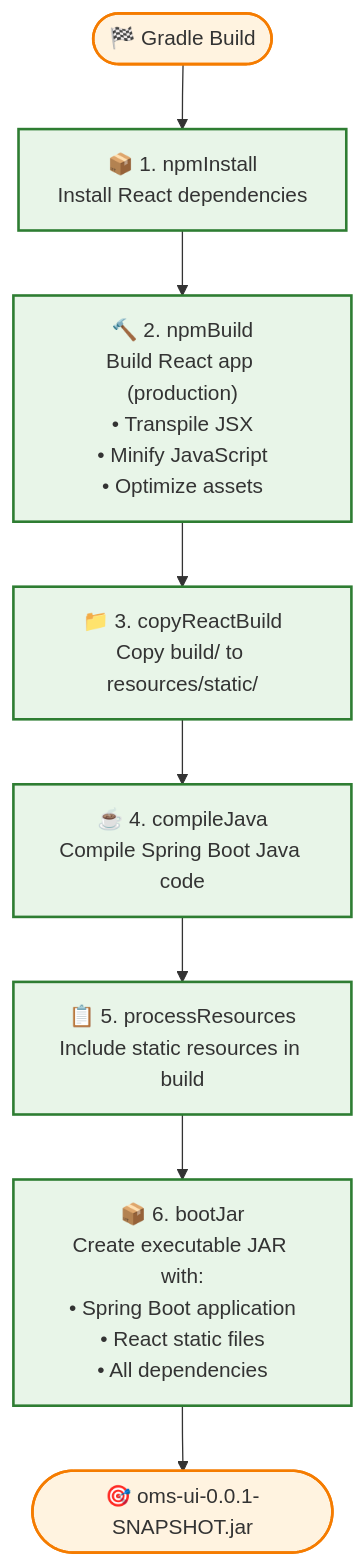
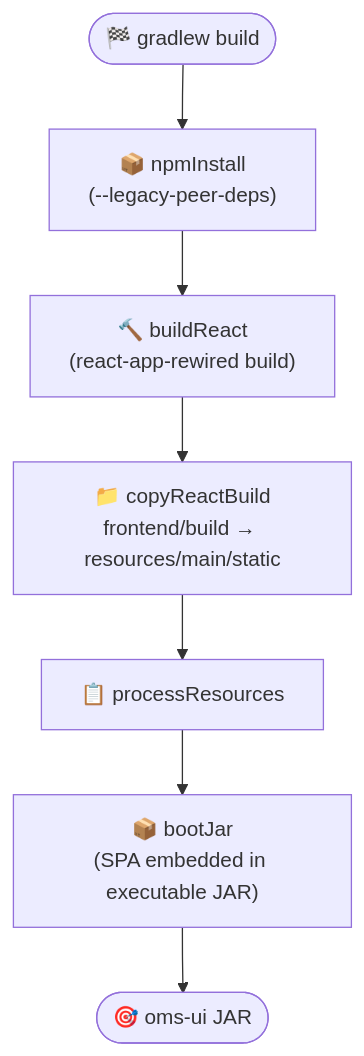
The third of 5 diagrams in oms-ui/docs/ARCHITECTURE.md (tbaderts/oms), drawn with Mermaid before and after one commit. The commit also changed other lines of this file and 31 other files, not shown here.

````diff
--- a/oms-ui/docs/ARCHITECTURE.md
+++ b/oms-ui/docs/ARCHITECTURE.md
@@ -57,26 +107,9 @@
 ```mermaid
 graph TD
-    Start([🏁 Gradle Build]) --> npmInstall
-    
-    npmInstall["📦 1. npmInstall<br/>Install React dependencies"]
-    npmBuild["🔨 2. npmBuild<br/>Build React app (production)<br/>• Transpile JSX<br/>• Minify JavaScript<br/>• Optimize assets"]
-    copyReactBuild["📁 3. copyReactBuild<br/>Copy build/ to resources/static/"]
-    compileJava["☕ 4. compileJava<br/>Compile Spring Boot Java code"]
-    processResources["📋 5. processResources<br/>Include static resources in build"]
-    bootJar["📦 6. bootJar<br/>Create executable JAR with:<br/>• Spring Boot application<br/>• React static files<br/>• All dependencies"]
-    
-    End([🎯 oms-ui-0.0.1-SNAPSHOT.jar])
-    
-    npmInstall --> npmBuild
-    npmBuild --> copyReactBuild
-    copyReactBuild --> compileJava
-    compileJava --> processResources
-    processResources --> bootJar
-    bootJar --> End
-    
-    classDef processStyle fill:#e8f5e8,stroke:#2e7d32,stroke-width:2px
-    classDef startEndStyle fill:#fff3e0,stroke:#f57c00,stroke-width:2px
-    
-    class npmInstall,npmBuild,copyReactBuild,compileJava,processResources,bootJar processStyle
-    class Start,End startEndStyle
+    Start([🏁 gradlew build]) --> npmInstall["📦 npmInstall<br/>(--legacy-peer-deps)"]
+    npmInstall --> buildReact["🔨 buildReact<br/>(react-app-rewired build)"]
+    buildReact --> copyReactBuild["📁 copyReactBuild<br/>frontend/build → resources/main/static"]
+    copyReactBuild --> processResources["📋 processResources"]
+    processResources --> bootJar["📦 bootJar<br/>(SPA embedded in executable JAR)"]
+    bootJar --> End([🎯 oms-ui JAR])
 ```
````
